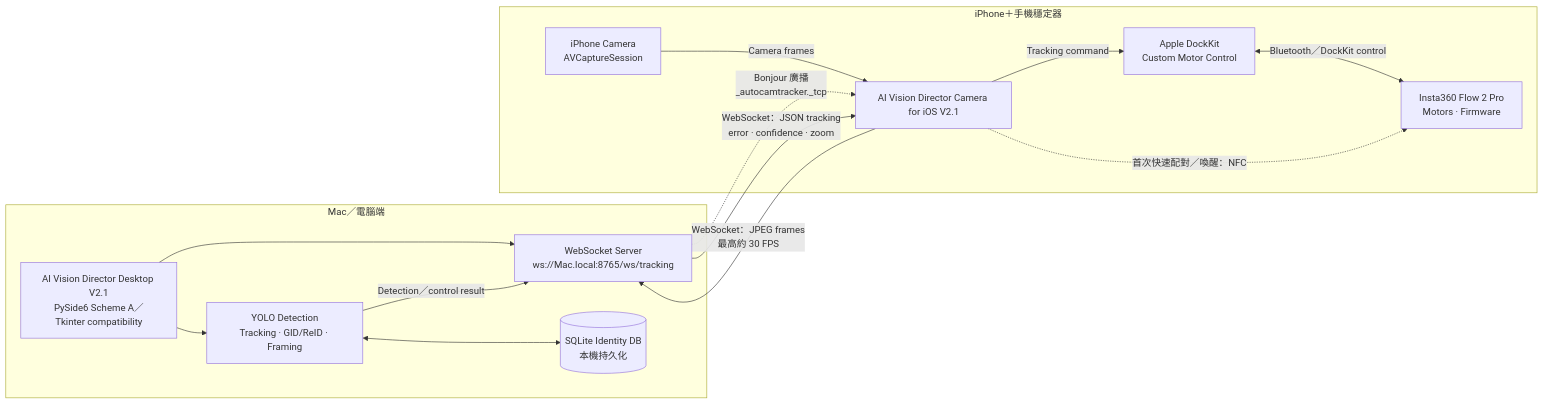
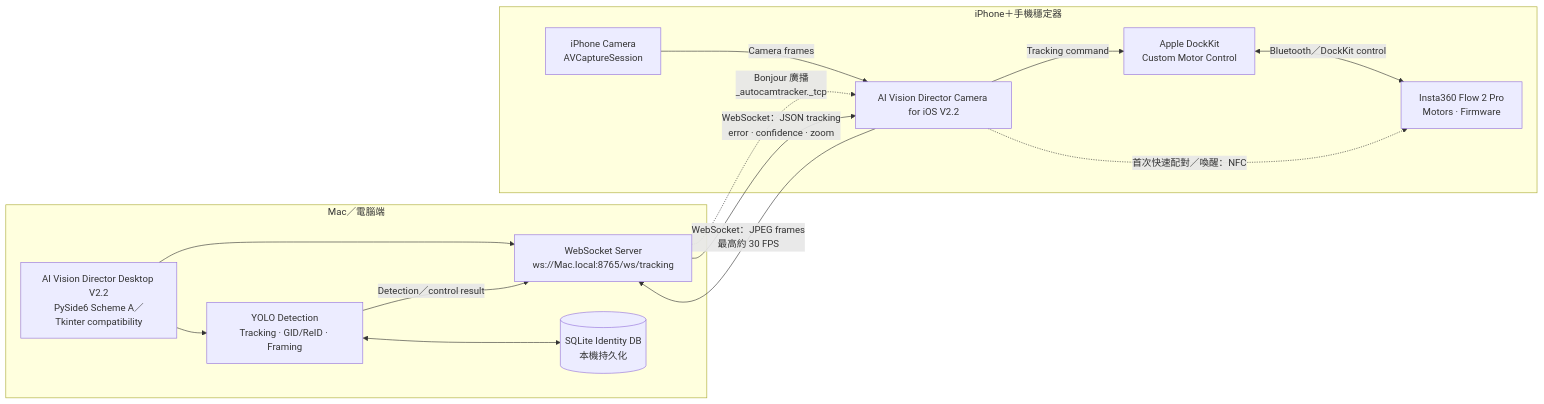
Before and after one commit to LN-676/AI-Vision-Director: the first of 3 diagrams in README.md, drawn with Mermaid. The commit also changed other lines of this file and 29 other files, not shown here.

Commit message:
release: AI Vision Director V2.2 benchmark center

````diff
--- a/README.md
+++ b/README.md
@@ -22,30 +22,30 @@
 ```mermaid
 flowchart LR
     subgraph COMPUTER["Mac／電腦端"]
-        DESKTOP["AI Vision Director Desktop V2.1<br/>PySide6 Scheme A／Tkinter compatibility"]
+        DESKTOP["AI Vision Director Desktop V2.2<br/>PySide6 Scheme A／Tkinter compatibility"]
         SERVER["WebSocket Server<br/>ws://Mac.local:8765/ws/tracking"]
         AI["YOLO Detection<br/>Tracking · GID/ReID · Framing"]
         DB[("SQLite Identity DB<br/>本機持久化")]
 
         DESKTOP --> SERVER
         DESKTOP --> AI
         AI <--> DB
     end
 
     subgraph MOBILE["iPhone＋手機穩定器"]
-        IOS["AI Vision Director Camera for iOS V2.1"]
+        IOS["AI Vision Director Camera for iOS V2.2"]
         CAMERA["iPhone Camera<br/>AVCaptureSession"]
         DOCKKIT["Apple DockKit<br/>Custom Motor Control"]
         GIMBAL["Insta360 Flow 2 Pro<br/>Motors · Firmware"]
 
         CAMERA -->|"Camera frames"| IOS
         IOS -->|"Tracking command"| DOCKKIT
         DOCKKIT <-->|"Bluetooth／DockKit control"| GIMBAL
         IOS -.->|"首次快速配對／喚醒：NFC"| GIMBAL
     end
 
     SERVER -.->|"Bonjour 廣播<br/>_autocamtracker._tcp"| IOS
     IOS -->|"WebSocket：JPEG frames<br/>最高約 30 FPS"| SERVER
     SERVER -->|"WebSocket：JSON tracking<br/>error · confidence · zoom"| IOS
     AI -->|"Detection／control result"| SERVER
 ```
````
